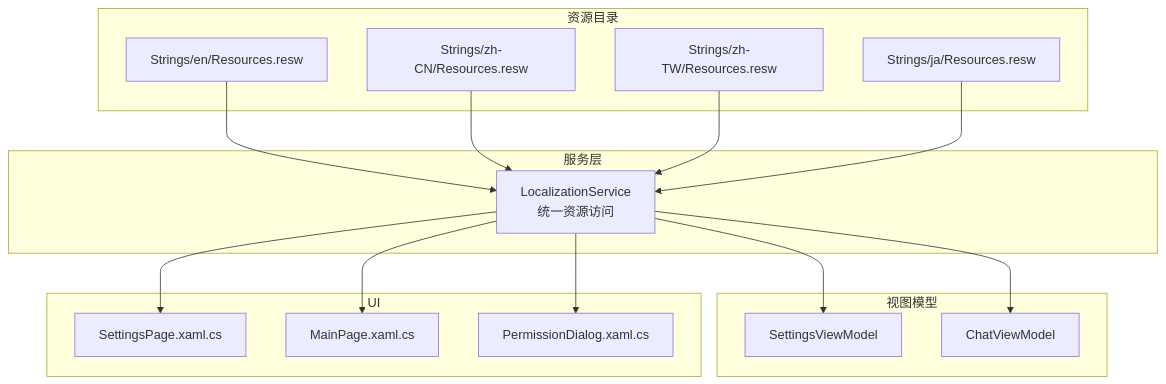
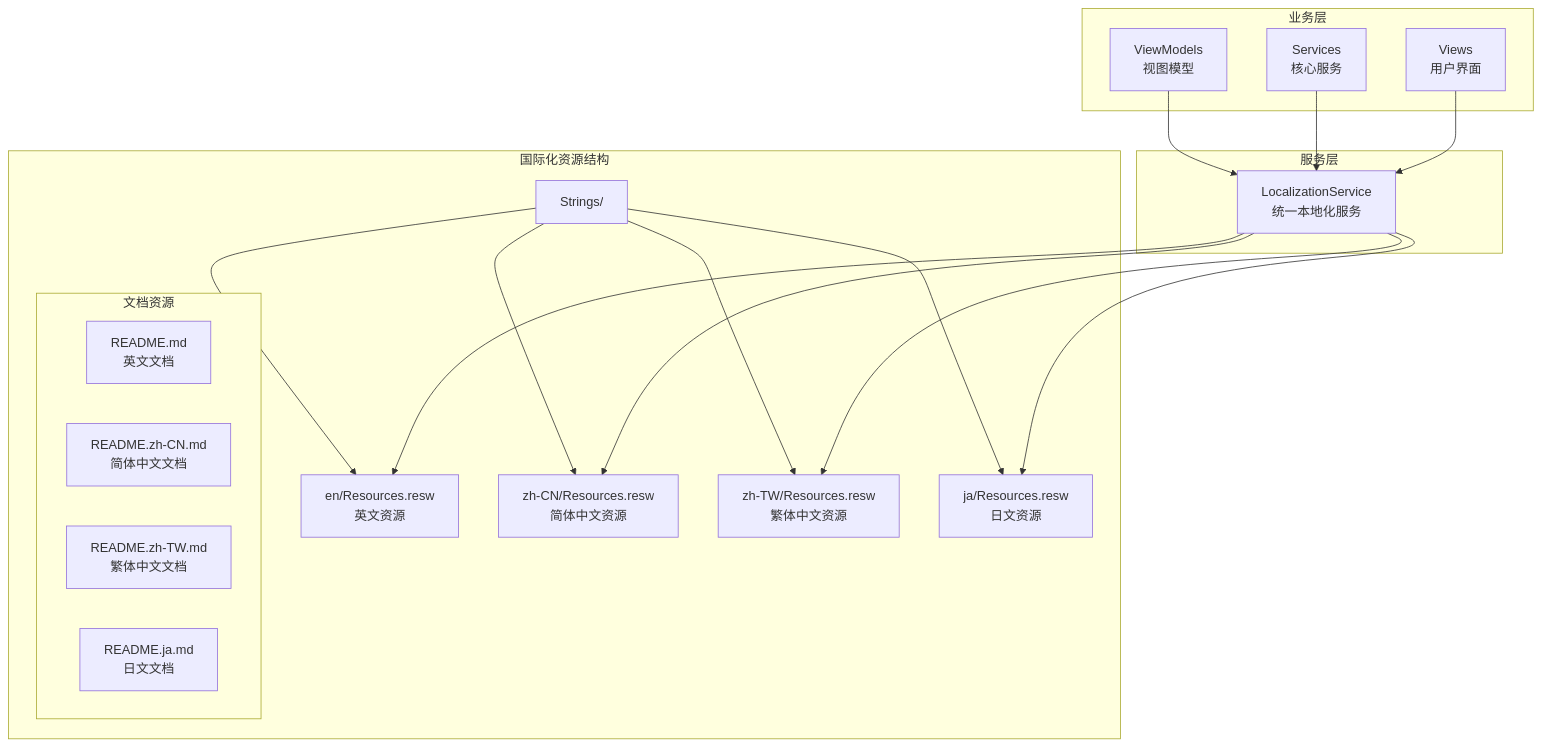
Before and after one commit to AgenticDesktop/App: the first of 4 diagrams in .qoder/repowiki/zh/content/国际化支持.md, drawn with Mermaid. The commit also changed other lines of this file and 108 other files, not shown here.

````diff
--- a/.qoder/repowiki/zh/content/国际化支持.md
+++ b/.qoder/repowiki/zh/content/国际化支持.md
@@ -43,30 +49,35 @@
 ```mermaid
 graph TB
-subgraph "资源目录"
-EN["Strings/en/Resources.resw"]
-ZH_CN["Strings/zh-CN/Resources.resw"]
-ZH_TW["Strings/zh-TW/Resources.resw"]
-JA["Strings/ja/Resources.resw"]
+subgraph "国际化资源结构"
+STRINGS["Strings/"]
+EN["en/Resources.resw<br/>英文资源"]
+ZH_CN["zh-CN/Resources.resw<br/>简体中文资源"]
+ZH_TW["zh-TW/Resources.resw<br/>繁体中文资源"]
+JA["ja/Resources.resw<br/>日文资源"]
+subgraph "文档资源"
+README_EN["README.md<br/>英文文档"]
+README_ZH_CN["README.zh-CN.md<br/>简体中文文档"]
+README_ZH_TW["README.zh-TW.md<br/>繁体中文文档"]
+README_JA["README.ja.md<br/>日文文档"]
+end
 end
 subgraph "服务层"
-LS["LocalizationService<br/>统一资源访问"]
+LS["LocalizationService<br/>统一本地化服务"]
 end
-subgraph "视图模型"
-SV["SettingsViewModel"]
-CV["ChatViewModel"]
+subgraph "业务层"
+VM["ViewModels<br/>视图模型"]
+SVC["Services<br/>核心服务"]
+VIEW["Views<br/>用户界面"]
 end
-subgraph "UI"
-SP["SettingsPage.xaml.cs"]
-MP["MainPage.xaml.cs"]
-PD["PermissionDialog.xaml.cs"]
-end
-EN --> LS
-ZH_CN --> LS
-ZH_TW --> LS
-JA --> LS
-LS --> SV
-LS --> CV
-LS --> SP
-LS --> MP
-LS --> PD
+STRINGS --> EN
+STRINGS --> ZH_CN
+STRINGS --> ZH_TW
+STRINGS --> JA
+LS --> EN
+LS --> ZH_CN
+LS --> ZH_TW
+LS --> JA
+VM --> LS
+SVC --> LS
+VIEW --> LS
 ```
````
